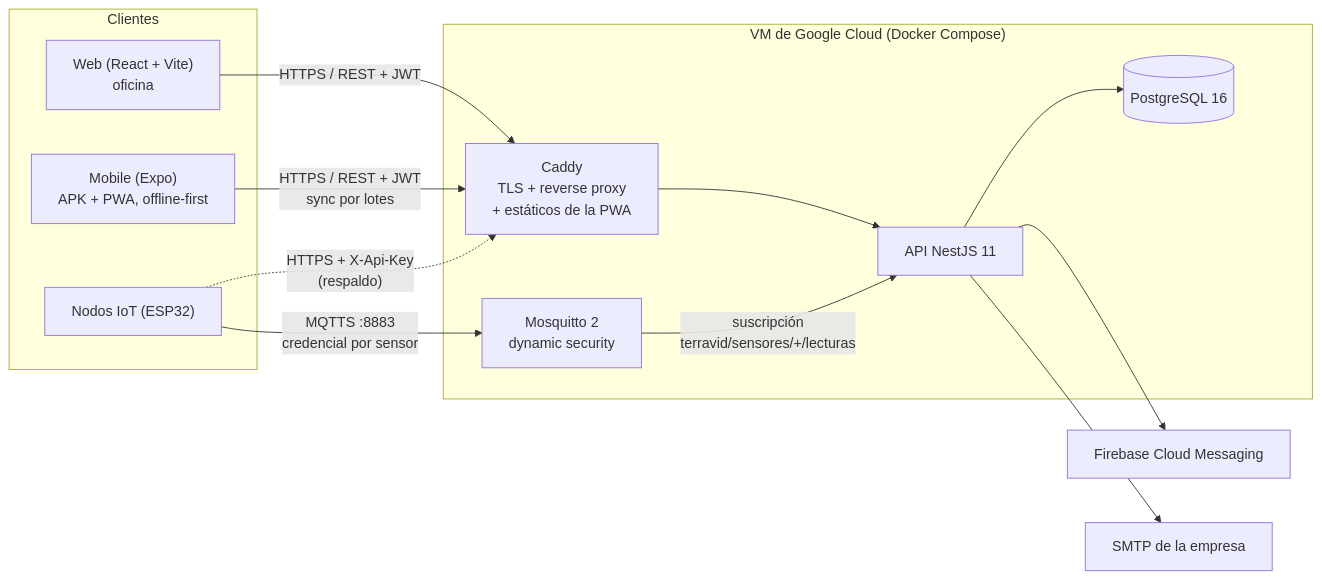
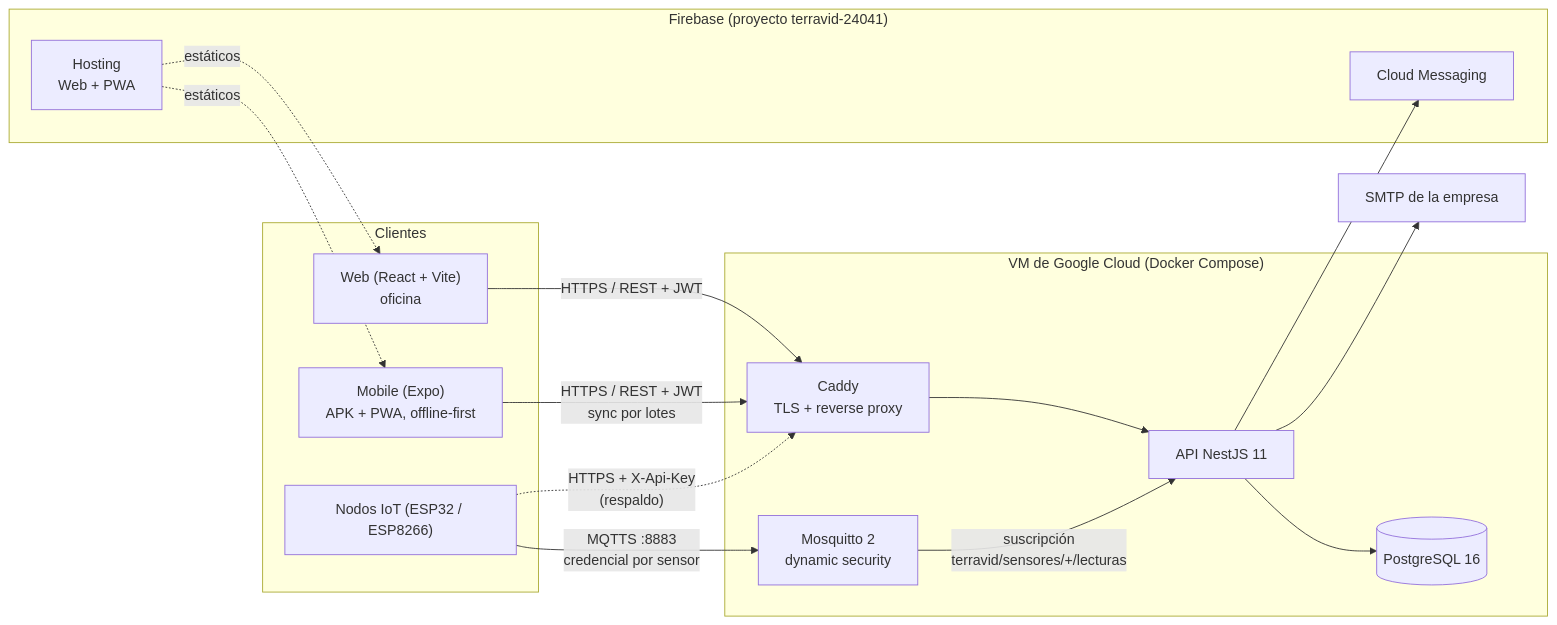
The diagram in docs/ARCHITECTURE.md (TerraVidMza/Backend), drawn with Mermaid before and after one commit. The commit also changed other lines of this file and 5 other files, not shown here.

Commit message:
docs: hosting de produccion, PWA en Firebase y CORS con dos origenes (D-029)

````diff
--- a/docs/ARCHITECTURE.md
+++ b/docs/ARCHITECTURE.md
@@ -14,28 +14,34 @@
 ```mermaid
 graph LR
   subgraph Clientes
     WEB["Web (React + Vite)<br/>oficina"]
     MOB["Mobile (Expo)<br/>APK + PWA, offline-first"]
-    IOT["Nodos IoT (ESP32)"]
+    IOT["Nodos IoT (ESP32 / ESP8266)"]
+  end
+
+  subgraph FB["Firebase (proyecto terravid-24041)"]
+    HOST["Hosting<br/>Web + PWA"]
+    FCM["Cloud Messaging"]
   end
 
   subgraph VM["VM de Google Cloud (Docker Compose)"]
-    CADDY["Caddy<br/>TLS + reverse proxy<br/>+ estáticos de la PWA"]
+    CADDY["Caddy<br/>TLS + reverse proxy"]
     API["API NestJS 11"]
     MQTT["Mosquitto 2<br/>dynamic security"]
     DB[("PostgreSQL 16")]
   end
 
-  FCM["Firebase Cloud Messaging"]
   SMTP["SMTP de la empresa"]
 
+  HOST -. "estáticos" .-> WEB
+  HOST -. "estáticos" .-> MOB
   WEB -- "HTTPS / REST + JWT" --> CADDY
   MOB -- "HTTPS / REST + JWT<br/>sync por lotes" --> CADDY
   IOT -- "MQTTS :8883<br/>credencial por sensor" --> MQTT
   IOT -. "HTTPS + X-Api-Key<br/>(respaldo)" .-> CADDY
   CADDY --> API
   MQTT -- "suscripción<br/>terravid/sensores/+/lecturas" --> API
   API --> DB
   API --> FCM
   API --> SMTP
 ```
````
